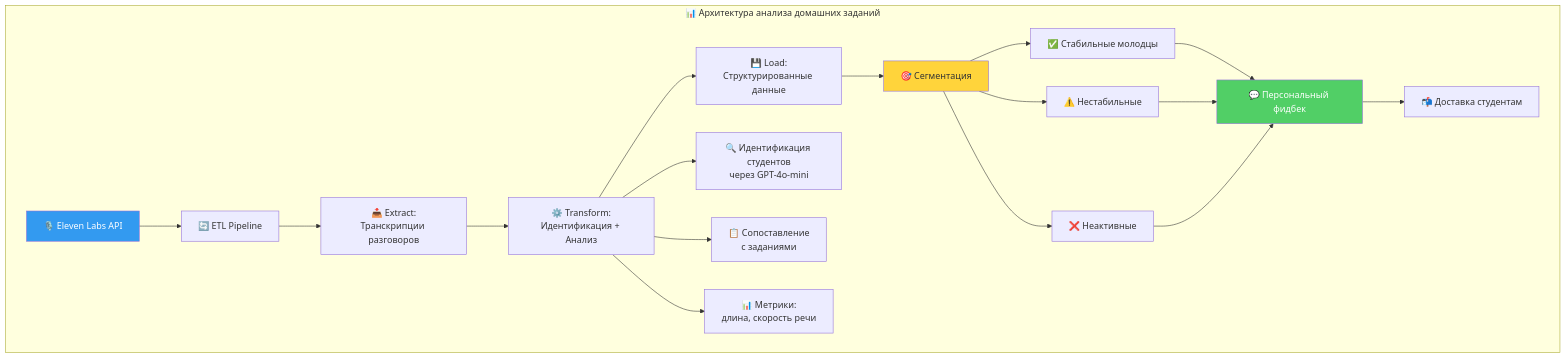
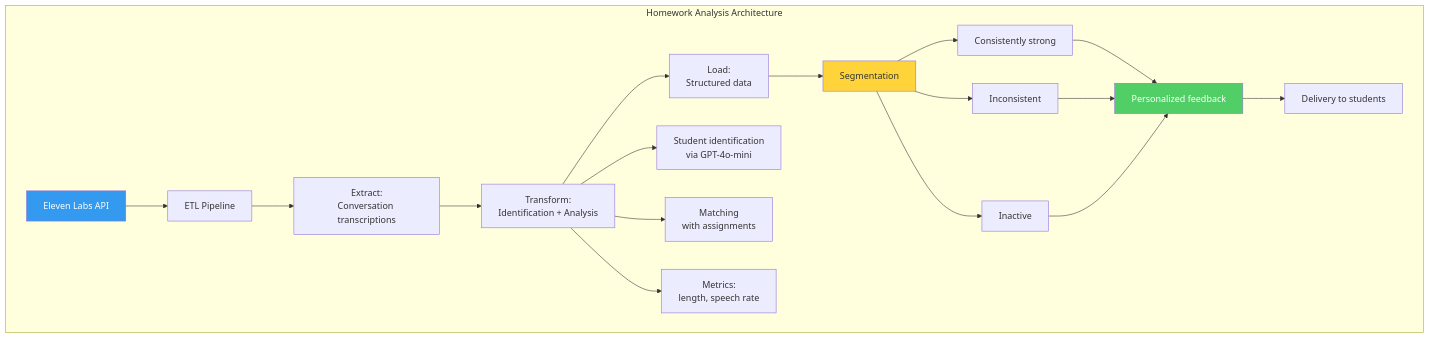
One commit to ad3002/masters-course-2025-vibe-coding changed the third of 16 diagrams in materials/workshop4.md. Above: the diagram before and after it, drawn with Mermaid. The commit also changed other lines of this file, not shown here.

````diff
--- a/materials/workshop4.md
+++ b/materials/workshop4.md
@@ -106,30 +106,30 @@
 ```mermaid
 graph TB
-    subgraph "📊 Архитектура анализа домашних заданий"
-        API[🎙️ Eleven Labs API] --> ETL[🔄 ETL Pipeline]
+    subgraph "Homework Analysis Architecture"
+        API[Eleven Labs API] --> ETL[ETL Pipeline]
 
-        ETL --> EXTRACT[📥 Extract:<br/>Транскрипции разговоров]
-        EXTRACT --> TRANSFORM[⚙️ Transform:<br/>Идентификация + Анализ]
-        TRANSFORM --> LOAD[💾 Load:<br/>Структурированные данные]
+        ETL --> EXTRACT[Extract:<br/>Conversation transcriptions]
+        EXTRACT --> TRANSFORM[Transform:<br/>Identification + Analysis]
+        TRANSFORM --> LOAD[Load:<br/>Structured data]
 
-        TRANSFORM --> ID[🔍 Идентификация студентов<br/>через GPT-4o-mini]
-        TRANSFORM --> MATCH[📋 Сопоставление<br/>с заданиями]
-        TRANSFORM --> METRICS[📊 Метрики:<br/>длина, скорость речи]
+        TRANSFORM --> ID[Student identification<br/>via GPT-4o-mini]
+        TRANSFORM --> MATCH[Matching<br/>with assignments]
+        TRANSFORM --> METRICS[Metrics:<br/>length, speech rate]
 
-        LOAD --> SEGMENT[🎯 Сегментация]
+        LOAD --> SEGMENT[Segmentation]
 
-        SEGMENT --> STABLE[✅ Стабильные молодцы]
-        SEGMENT --> UNSTABLE[⚠️ Нестабильные]
-        SEGMENT --> INACTIVE[❌ Неактивные]
+        SEGMENT --> STABLE[Consistently strong]
+        SEGMENT --> UNSTABLE[Inconsistent]
+        SEGMENT --> INACTIVE[Inactive]
 
-        STABLE --> FEEDBACK[💬 Персональный фидбек]
+        STABLE --> FEEDBACK[Personalized feedback]
         UNSTABLE --> FEEDBACK
         INACTIVE --> FEEDBACK
 
-        FEEDBACK --> DELIVERY[📬 Доставка студентам]
+        FEEDBACK --> DELIVERY[Delivery to students]
     end
 
     style API fill:#339af0,color:#fff
     style SEGMENT fill:#ffd43b
     style FEEDBACK fill:#51cf66,color:#fff
 ```
````
